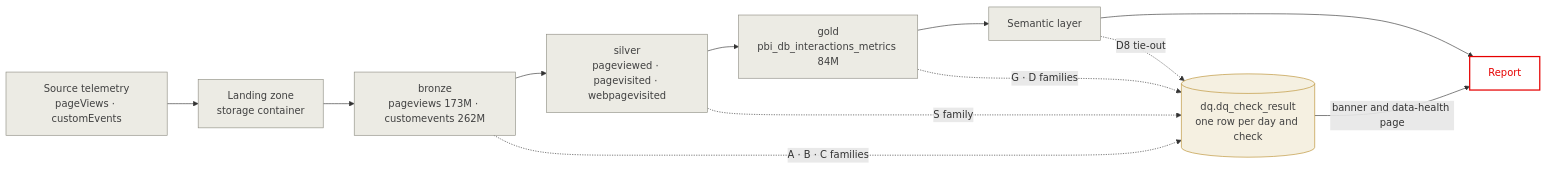
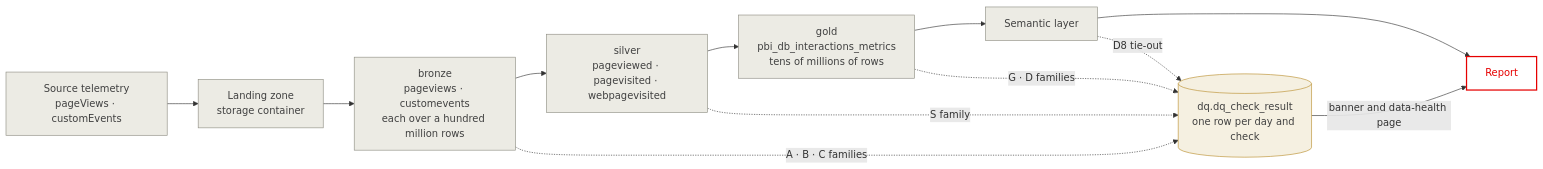
One commit to dallmi/Databricks changed the first of 2 diagrams in docs/BRD_data_integrity_monitoring.md. Above: the diagram before and after it, drawn with Mermaid. The commit also changed other lines of this file and 87 other files, not shown here.

````diff
--- a/docs/BRD_data_integrity_monitoring.md
+++ b/docs/BRD_data_integrity_monitoring.md
@@ -117,25 +117,25 @@
 ```mermaid
 flowchart LR
   SRC[Source telemetry<br/>pageViews · customEvents]
   LZ[Landing zone<br/>storage container]
-  BRZ[bronze<br/>pageviews 173M · customevents 262M]
+  BRZ[bronze<br/>pageviews · customevents<br/>each over a hundred million rows]
   SLV[silver<br/>pageviewed · pagevisited · webpagevisited]
-  GLD[gold<br/>pbi_db_interactions_metrics 84M]
+  GLD[gold<br/>pbi_db_interactions_metrics<br/>tens of millions of rows]
   SEM[Semantic layer]
   RPT[Report]
   DQ[(dq.dq_check_result<br/>one row per day and check)]
 
   SRC --> LZ --> BRZ --> SLV --> GLD --> SEM --> RPT
   BRZ -. "A · B · C families" .-> DQ
   SLV -. "S family" .-> DQ
   GLD -. "G · D families" .-> DQ
   SEM -. "D8 tie-out" .-> DQ
   DQ -- "banner and data-health page" --> RPT
 
   classDef store fill:#ECEBE4,stroke:#8E8D83,color:#404040;
   classDef res fill:#F5F0E1,stroke:#B98E2C,color:#404040;
   classDef out fill:#FFFFFF,stroke:#E60000,color:#E60000,stroke-width:2px;
   class SRC,LZ,BRZ,SLV,GLD,SEM store;
   class DQ res;
   class RPT out;
 ```
````
